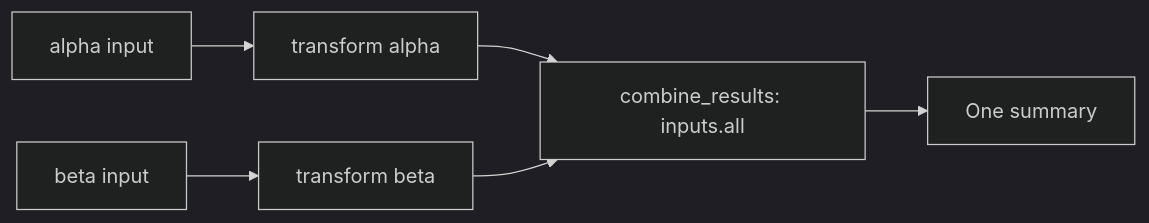
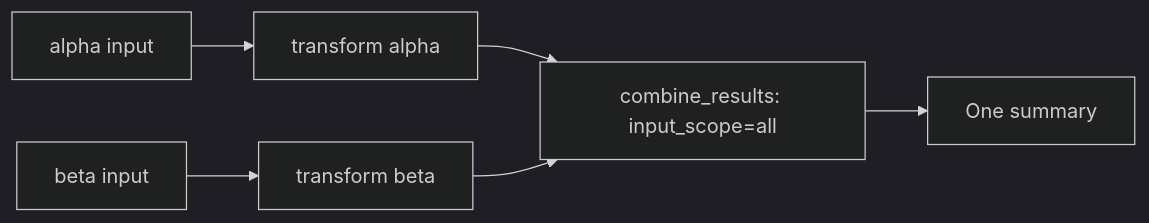
The diagram in examples/combining_results/README.md (jmsapps/caravel), drawn with Mermaid (dark theme) before and after one commit. The commit also changed other lines of this file and 51 other files, not shown here.

Commit message:
[C-8] revert syntax back to taking input_scope arg for simplicity

````diff
--- a/examples/combining_results/README.md
+++ b/examples/combining_results/README.md
@@ -12,8 +12,8 @@
 ```mermaid
 flowchart LR
     A[alpha input] --> B[transform alpha]
     C[beta input] --> D[transform beta]
-    B --> E[combine_results: inputs.all]
+    B --> E[combine_results: input_scope=all]
     D --> E
     E --> F[One summary]
 ```
````
